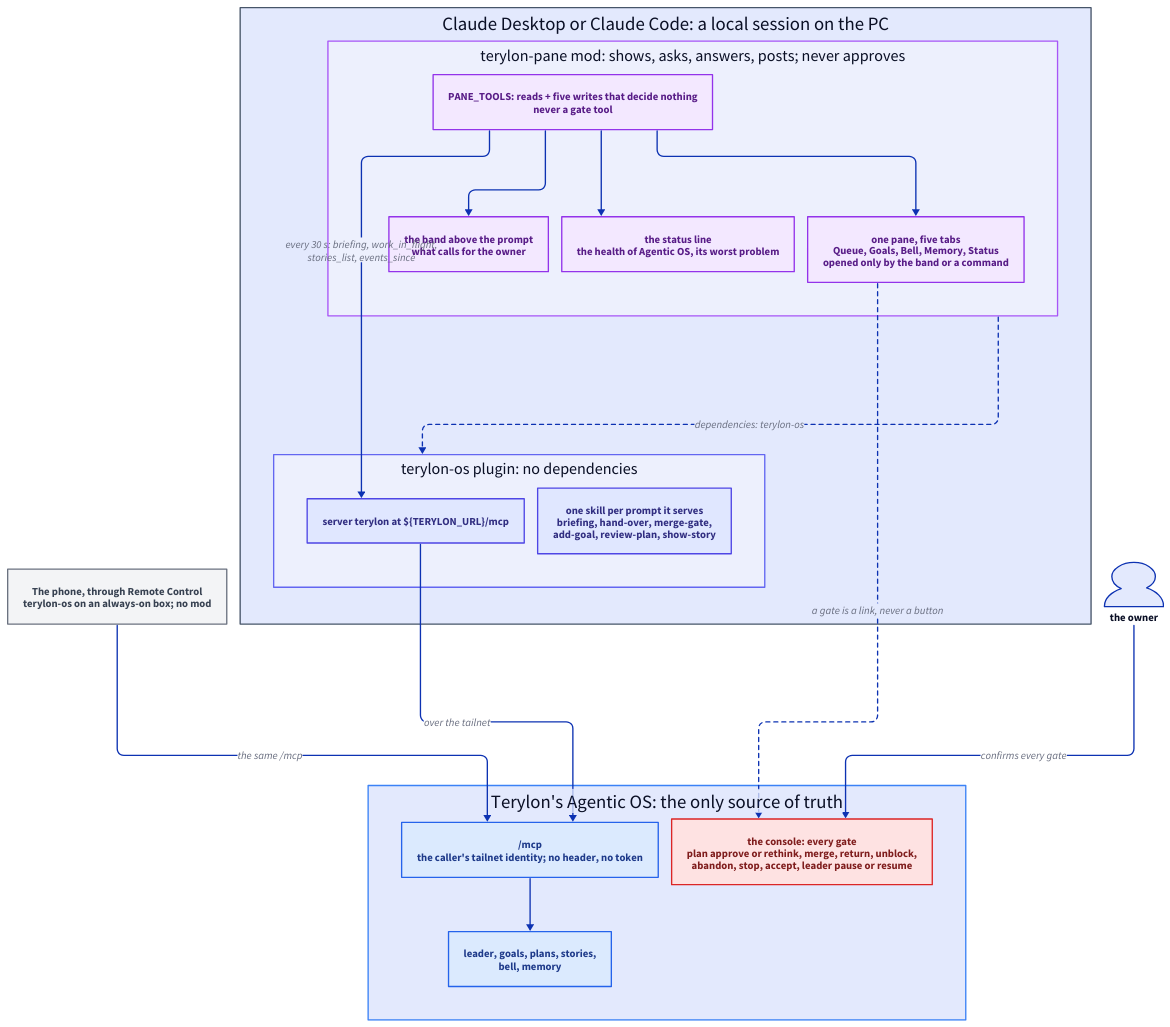
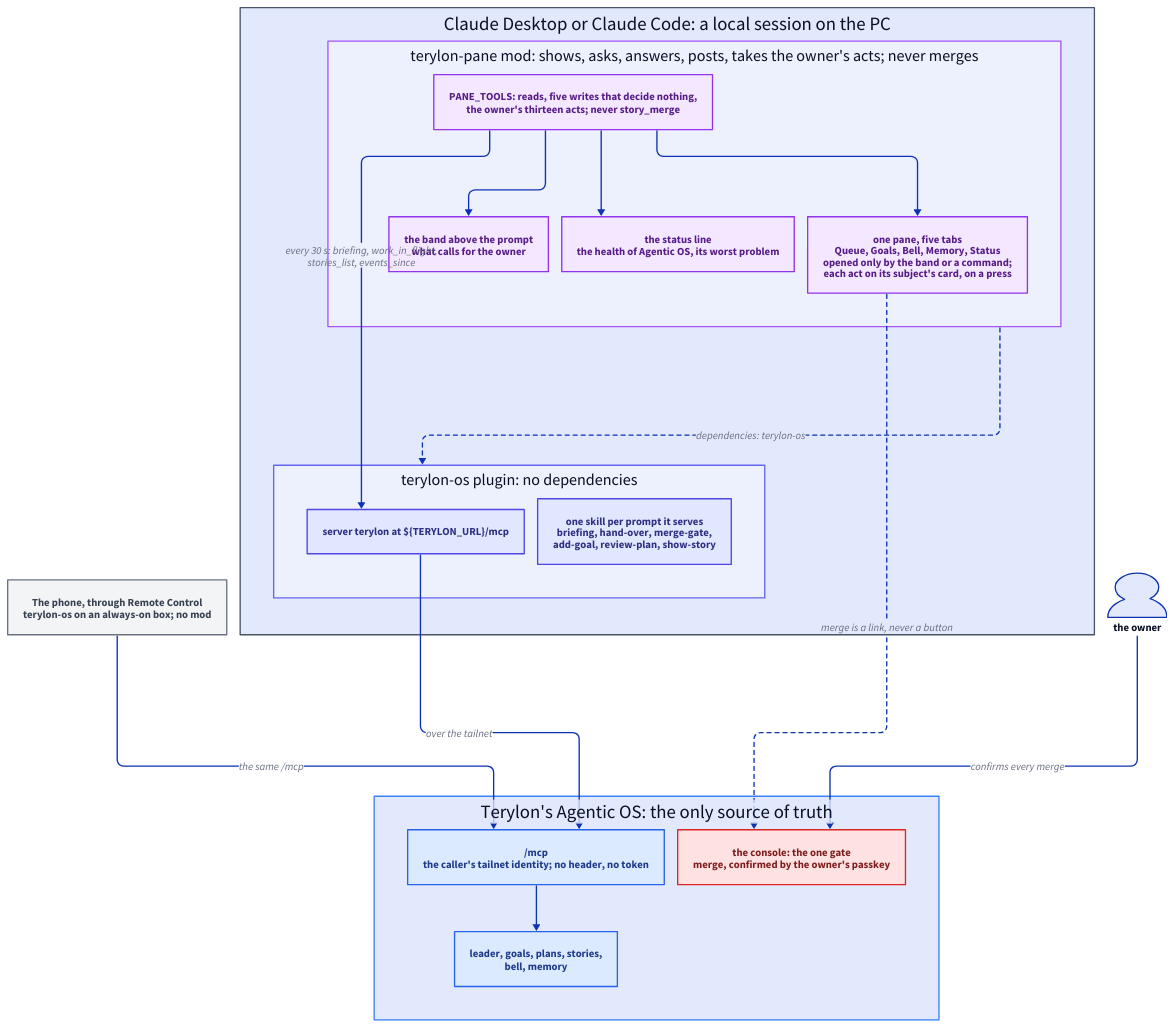
Before and after one commit to janecekvit/terylon-marketplace: the diagram in docs/architecture/terylon-os-and-pane.d2, drawn with D2. The commit also changed 30 other files, not shown here.

First line of the commit message:
Let the owner act in the terylon-pane on each subject's card; merge stays the console's (S27) (#31)

```diff
--- a/docs/architecture/terylon-os-and-pane.d2
+++ b/docs/architecture/terylon-os-and-pane.d2
@@ -1,112 +1,112 @@
-# terylon-os and its mod terylon-pane: how a session reaches Terylon's Agentic OS, and why the
-# gates stay in the console.
+# terylon-os and its mod terylon-pane: how a session reaches Terylon's Agentic OS, the owner's
+# acts the pane takes on their cards, and why merge, the one gate, stays in the console.
 # Source of truth for terylon-os-and-pane.svg beside it: edit this file, then run
 # node Scripts/render-diagrams.js and commit both.
 # Why every surface goes through the one /mcp: one-source-of-truth-reached-from-two-places.md.
 vars: {
   d2-config: {
     layout-engine: elk
   }
 }
 
 direction: down
 
 # One colour per kind: the plugin (indigo), the mod (violet), Agentic OS (blue), gates (red),
 # the phone (grey); the owner takes the theme's. A container has a stroke and no fill, so the theme
 # fills it in light and dark mode alike: .claude/rules/markdown.md says why.
 classes: {
   plugin: {
     style: {
       fill: "#E0E7FF"
       stroke: "#4F46E5"
       font-color: "#312E81"
     }
   }
   mod: {
     style: {
       fill: "#F3E8FF"
       stroke: "#9333EA"
       font-color: "#581C87"
     }
   }
   system: {
     style: {
       fill: "#DBEAFE"
       stroke: "#2563EB"
       font-color: "#1E3A8A"
     }
   }
   gate: {
     style: {
       fill: "#FEE2E2"
       stroke: "#DC2626"
       font-color: "#7F1D1D"
     }
   }
   external: {
     style: {
       fill: "#F3F4F6"
       stroke: "#6B7280"
       font-color: "#374151"
     }
   }
 }
 
 session: "Claude Desktop or Claude Code: a local session on the PC" {
   style: {
     stroke: "#475569"
   }
 
   os: "terylon-os plugin: no dependencies" {
     style: {
       stroke: "#6366F1"
     }
 
     # A single-quoted string: D2 substitutes nothing inside it, so the variable is drawn as written.
     server: 'server terylon at ${TERYLON_URL}/mcp' {class: plugin}
     skills: "one skill per prompt it serves\nbriefing, hand-over, merge-gate,\nadd-goal, review-plan, show-story" {class: plugin}
   }
 
-  pane: "terylon-pane mod: shows, asks, answers, posts; never approves" {
+  pane: "terylon-pane mod: shows, asks, answers, posts, takes the owner's acts; never merges" {
     style: {
       stroke: "#A855F7"
     }
 
-    allow_list: "PANE_TOOLS: reads + five writes that decide nothing\nnever a gate tool" {class: mod}
+    allow_list: "PANE_TOOLS: reads, five writes that decide nothing,\nthe owner's thirteen acts; never story_merge" {class: mod}
     band: "the band above the prompt\nwhat calls for the owner" {class: mod}
     status_line: "the status line\nthe health of Agentic OS, its worst problem" {class: mod}
-    tabs: "one pane, five tabs\nQueue, Goals, Bell, Memory, Status\nopened only by the band or a command" {class: mod}
+    tabs: "one pane, five tabs\nQueue, Goals, Bell, Memory, Status\nopened only by the band or a command;\neach act on its subject's card, on a press" {class: mod}
   }
 }
 
 phone: "The phone, through Remote Control\nterylon-os on an always-on box; no mod" {class: external}
 
 terylon: "Terylon's Agentic OS: the only source of truth" {
   style: {
     stroke: "#3B82F6"
   }
 
   mcp: "/mcp\nthe caller's tailnet identity; no header, no token" {class: system}
   leader: "leader, goals, plans, stories,\nbell, memory" {class: system}
-  console: "the console: every gate\nplan approve or rethink, merge, return, unblock,\nabandon, stop, accept, leader pause or resume" {class: gate}
+  console: "the console: the one gate\nmerge, confirmed by the owner's passkey" {class: gate}
 }
 
 # No class: its label sits outside the shape, on the background, so it takes the theme's colours.
 person: "the owner" {
   shape: person
 }
 
 session.pane -> session.os: "dependencies: terylon-os" {
   style.stroke-dash: 3
 }
 session.os.server -> terylon.mcp: "over the tailnet"
 session.pane.allow_list -> session.os.server: "every 30 s: briefing, work_in_flight,\nstories_list, events_since"
 session.pane.allow_list -> session.pane.band
 session.pane.allow_list -> session.pane.status_line
 session.pane.allow_list -> session.pane.tabs
-session.pane.tabs -> terylon.console: "a gate is a link, never a button" {
+session.pane.tabs -> terylon.console: "merge is a link, never a button" {
   style.stroke-dash: 3
 }
 phone -> terylon.mcp: "the same /mcp"
 terylon.mcp -> terylon.leader
-person -> terylon.console: "confirms every gate"
+person -> terylon.console: "confirms every merge"
```
